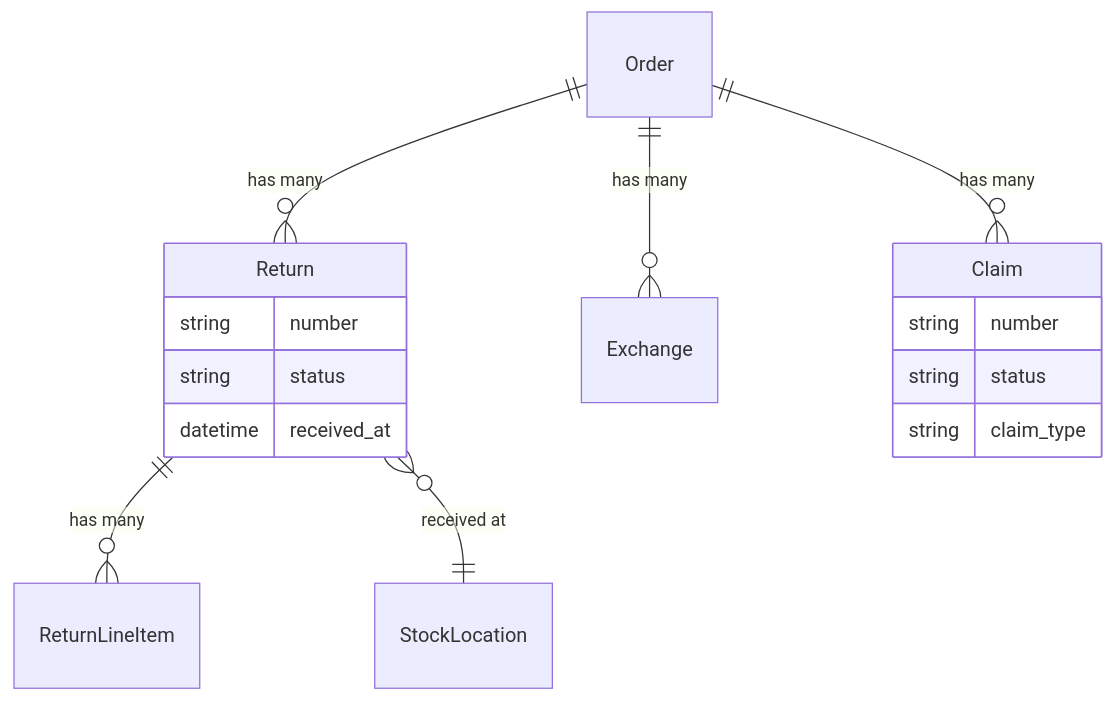
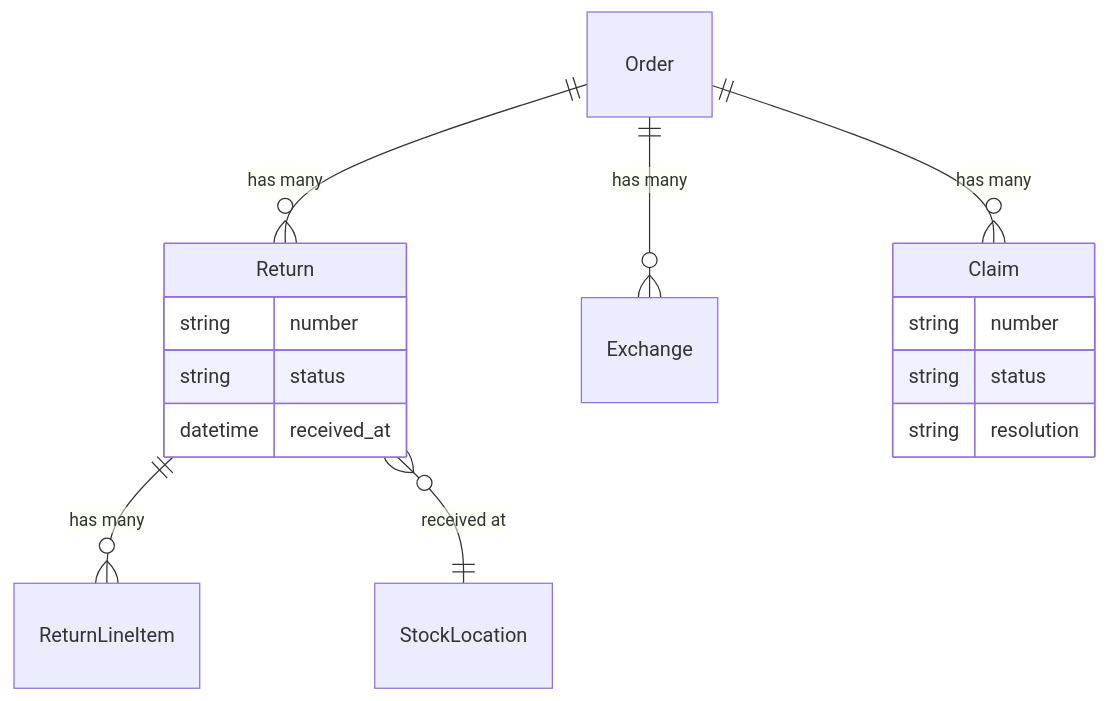
One commit to spree/spree changed the diagram in docs/v6/developer/core-concepts/returns-exchanges-claims.mdx. Above: the diagram before and after it, drawn with Mermaid. The commit also changed other lines of this file and 32 other files, not shown here.

First line of the commit message:
Drop Claim#claim_type in favour of the claim reason

````diff
--- a/docs/v6/developer/core-concepts/returns-exchanges-claims.mdx
+++ b/docs/v6/developer/core-concepts/returns-exchanges-claims.mdx
@@ -18,19 +18,19 @@
 ```mermaid
 erDiagram
     Order ||--o{ Return : "has many"
     Order ||--o{ Exchange : "has many"
     Order ||--o{ Claim : "has many"
     Return ||--o{ ReturnLineItem : "has many"
     Return }o--|| StockLocation : "received at"
 
     Return {
         string number
         string status
         datetime received_at
     }
     Claim {
         string number
         string status
-        string claim_type
+        string resolution
     }
 ```
````
